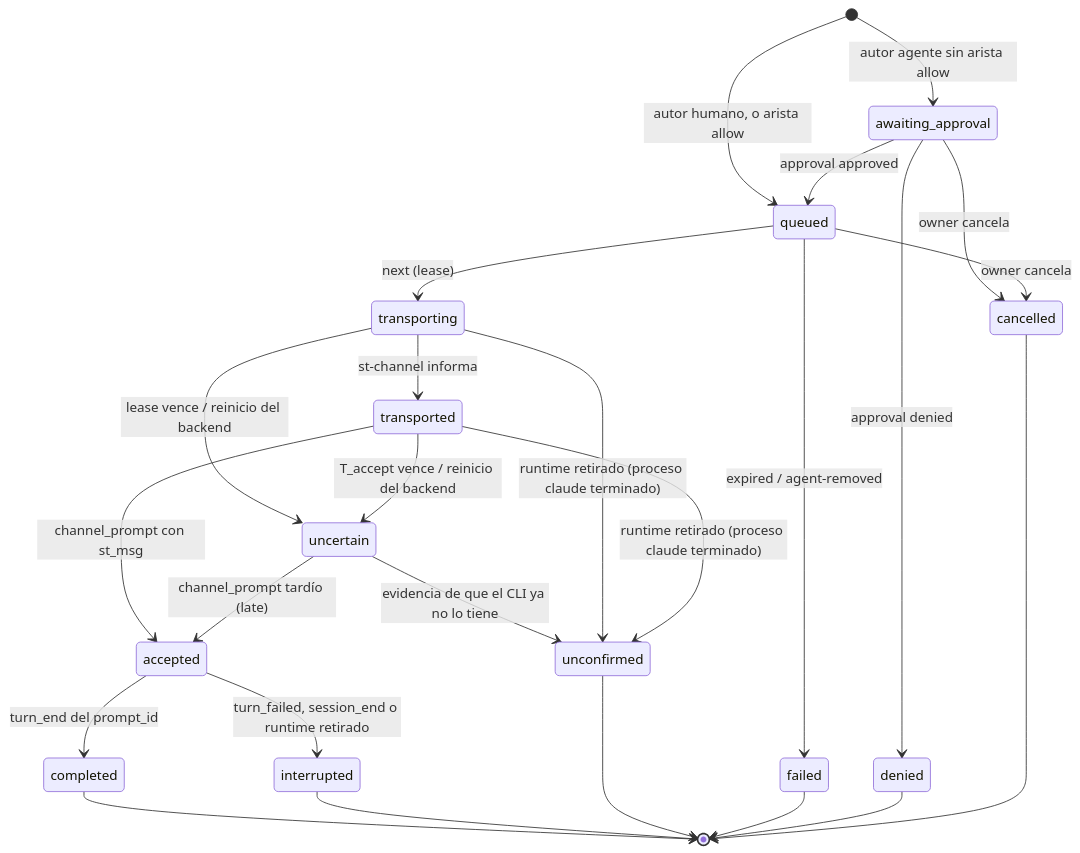
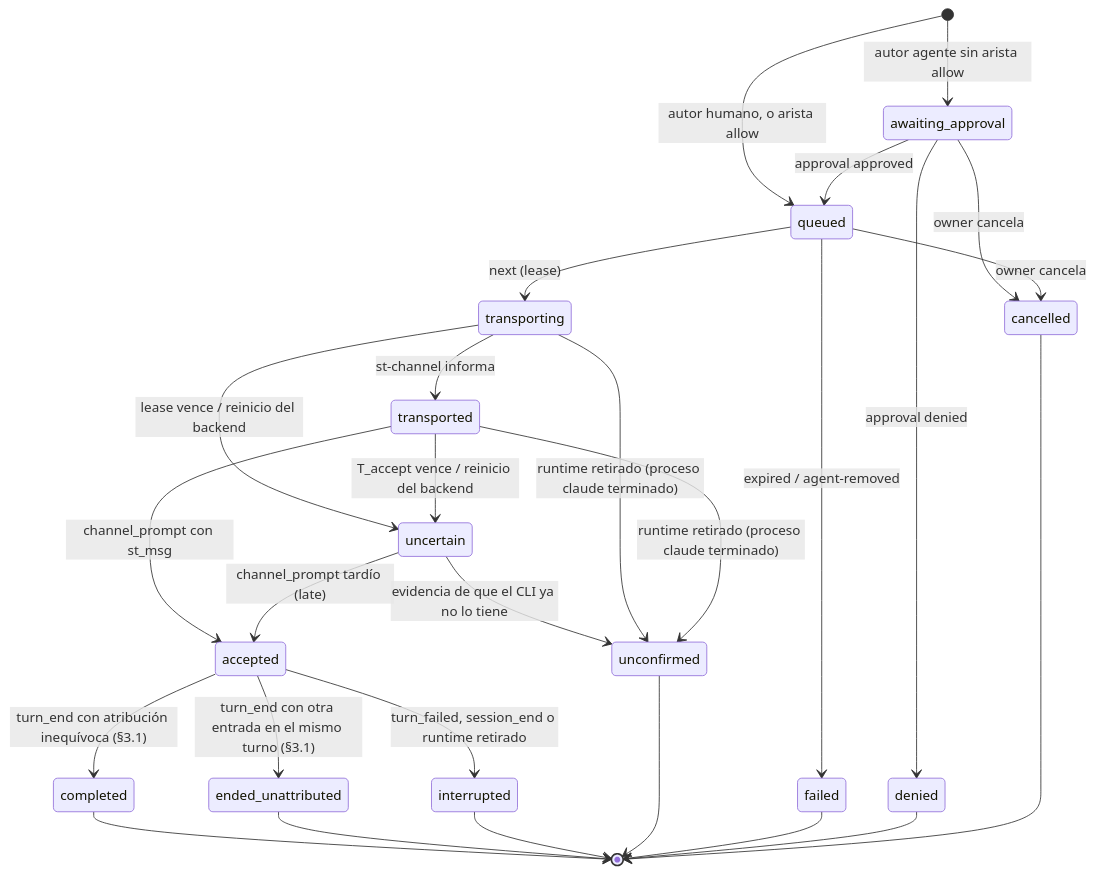
One commit to gatof81/shared-terminal changed the diagram in docs/design/project-chat/03-protocol.md. Above: the diagram before and after it, drawn with Mermaid. The commit also changed other lines of this file and 6 other files, not shown here.

````diff
--- a/docs/design/project-chat/03-protocol.md
+++ b/docs/design/project-chat/03-protocol.md
@@ -102,27 +102,29 @@
 ```mermaid
 stateDiagram-v2
   [*] --> awaiting_approval: autor agente sin arista allow
   [*] --> queued: autor humano, o arista allow
   awaiting_approval --> queued: approval approved
   awaiting_approval --> denied: approval denied
   awaiting_approval --> cancelled: owner cancela
   queued --> transporting: next (lease)
   queued --> cancelled: owner cancela
   queued --> failed: expired / agent-removed
   transporting --> transported: st-channel informa
   transporting --> uncertain: lease vence / reinicio del backend
   transported --> accepted: channel_prompt con st_msg
   transported --> uncertain: T_accept vence / reinicio del backend
   uncertain --> accepted: channel_prompt tardío (late)
   uncertain --> unconfirmed: evidencia de que el CLI ya no lo tiene
   transporting --> unconfirmed: runtime retirado (proceso claude terminado)
   transported --> unconfirmed: runtime retirado (proceso claude terminado)
-  accepted --> completed: turn_end del prompt_id
+  accepted --> completed: turn_end con atribución inequívoca (§3.1)
+  accepted --> ended_unattributed: turn_end con otra entrada en el mismo turno (§3.1)
   accepted --> interrupted: turn_failed, session_end o runtime retirado
   completed --> [*]
+  ended_unattributed --> [*]
   interrupted --> [*]
   unconfirmed --> [*]
   failed --> [*]
   denied --> [*]
   cancelled --> [*]
 ```
````
